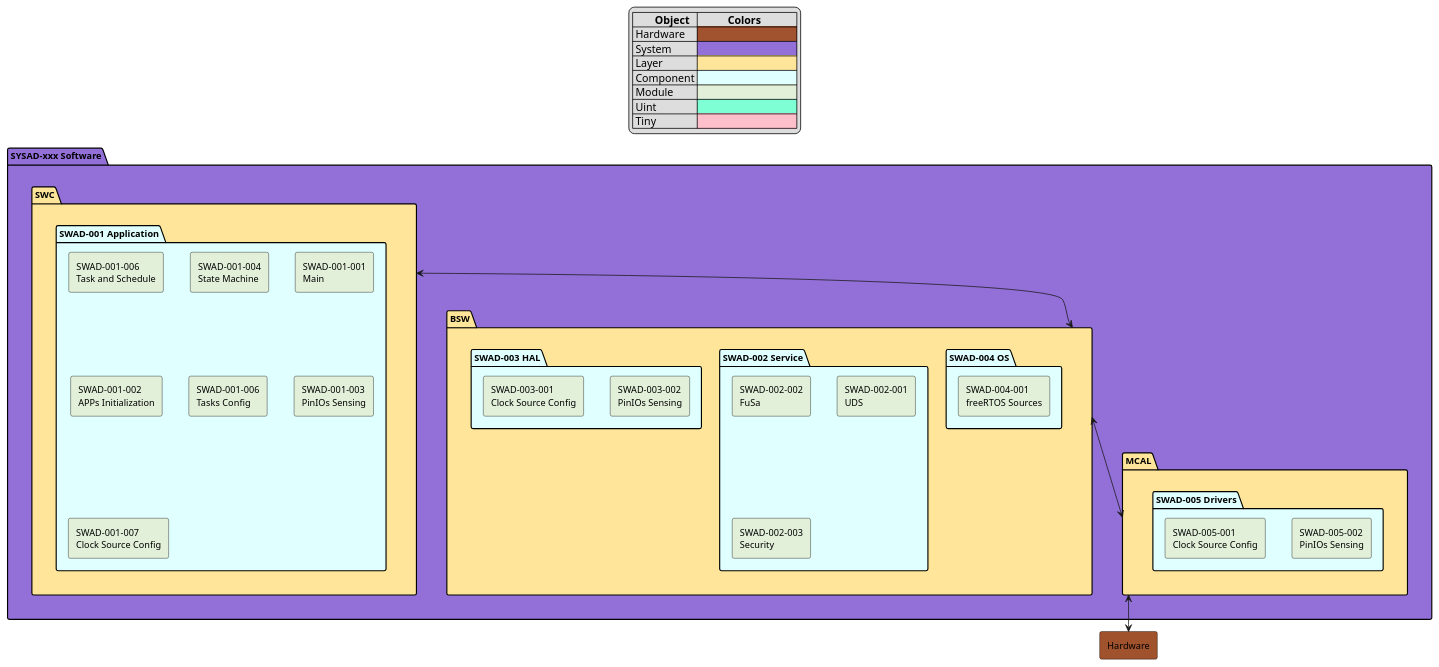
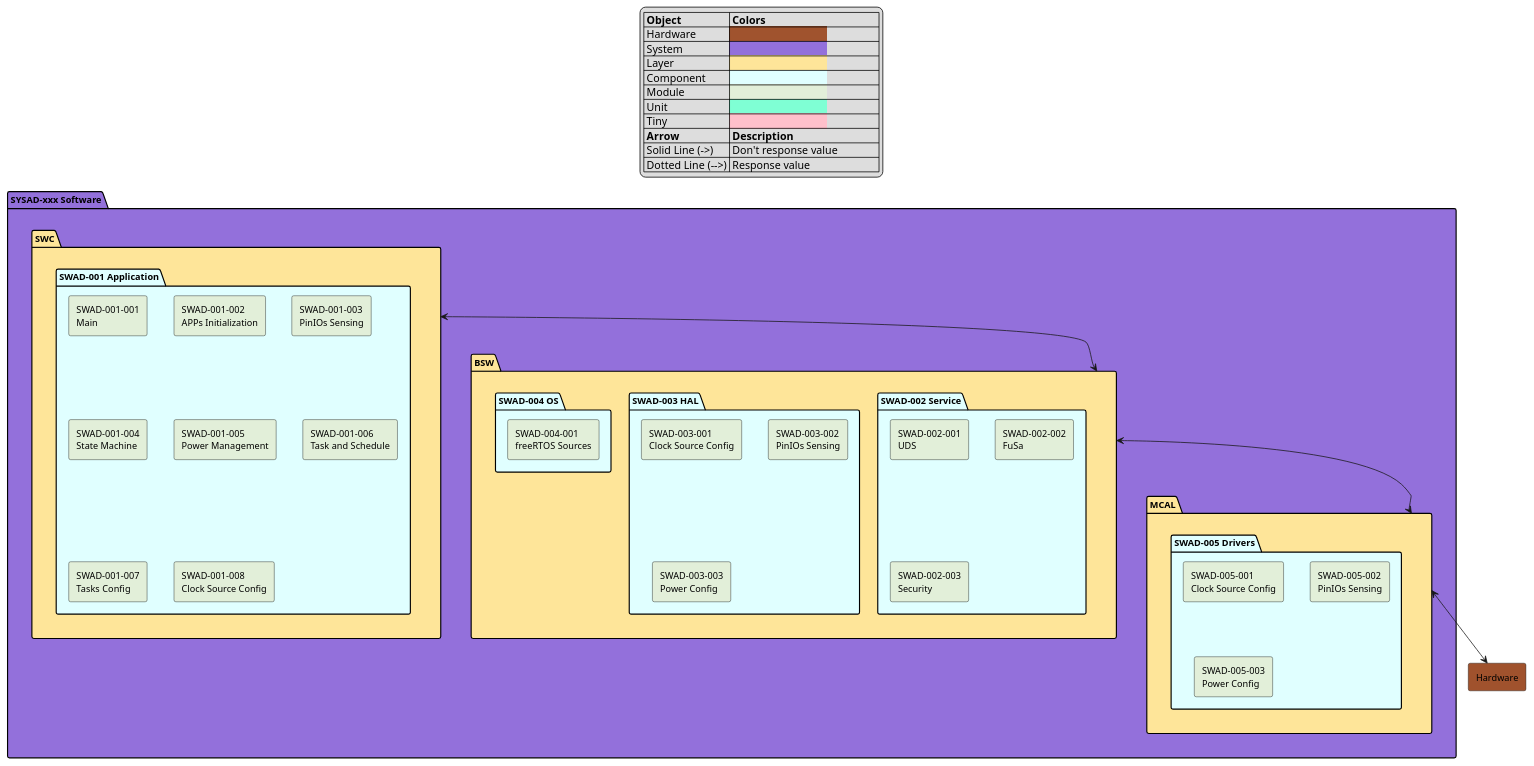
The diagram in Static_Sw_Arch.plantuml (FdsLu/StaticSwArch), drawn with PlantUML before and after one commit. The commit also changed 2 other files, not shown here.

Commit message:
[MODIFY]1. Modify the Static_Sw_Arch.plantuml, Change the color in legend top's color examples and settings from name to standard hexadecimal setting. [ADD] 1. Add power management function, in MCAL, HAL and application layer. 2. Add Static_Sw_Arch.svg, change from Static_Sw_Arch.png. [REMOVE] 1. remove Static_Sw_Arch.png

```diff
--- a/Static_Sw_Arch.plantuml
+++ b/Static_Sw_Arch.plantuml
@@ -1,64 +1,74 @@
 @startuml
 '----- Table Description ----
 'Object Colors Setting
 skinparam defaultFontName Arial
 skinparam defaultFontSize 12
+
+skinparam rectangle {
+    BackgroundColor #87CEFA
+    BorderColor #000000
+}
+
 legend top
-|=        Object  |=           Colors  |
-| Hardware  |<back:sienna>                                    |
-| System  |<back:mediumpurple>                                    |
-| Layer  |<back:#FEE599>                                    |
-| Component |<back:#lightcyan>                                    |
-| Module |<back:#E2EFD9>                                    |
-| Uint |<back:#aquamarine>                                    |
-| Tiny |<back:#pink>                                    |
+|= Object    |= Colors                                         |
+| Hardware   |<back:#A0522D>                                   |
+| System     |<back:#9370DB>                                   |
+| Layer      |<back:#FEE599>                                   |
+| Component  |<back:#E0FFFF>                                   |
+| Module     |<back:#E2EFD9>                                   |
+| Unit       |<back:#7FFFD4>                                   |
+| Tiny       |<back:#FFC0CB>                                   |
+'Arrow Function
+|= Arrow          |= Description        |
+| Solid Line (->)  | Don't response value |
+| Dotted Line (-->) | Response value      |
 endlegend
 
-skinparam rectangle {
-    BackgroundColor LightSkyBlue
-    BorderColor Black
-}
-
-package "SYSAD-xxx Software" #mediumpurple {
+package "SYSAD-xxx Software" #9370DB {
     package "SWC" #FEE599 {
-        package "SWAD-001 Application" #lightcyan{
-            rectangle "SWAD-001-006\nTask and Schedule" as TaskSchedule #E2EFD9
-            rectangle "SWAD-001-004\nState Machine" as StateMachine #E2EFD9
+        package "SWAD-001 Application" #E0FFFF {
             rectangle "SWAD-001-001\nMain" as Main #E2EFD9
             rectangle "SWAD-001-002\nAPPs Initialization" as AppsInit #E2EFD9
-            rectangle "SWAD-001-006\nTasks Config" as TasksConfig #E2EFD9
             rectangle "SWAD-001-003\nPinIOs Sensing" as PinIOSensing #E2EFD9
-            rectangle "SWAD-001-007\nClock Source Config" as ClockSourceConfig #E2EFD9
+            rectangle "SWAD-001-004\nState Machine" as StateMachine #E2EFD9
+            rectangle "SWAD-001-005\nPower Management" as PowerManagement #E2EFD9
+            rectangle "SWAD-001-006\nTask and Schedule" as TaskSchedule #E2EFD9
+            rectangle "SWAD-001-007\nTasks Config" as TasksConfig #E2EFD9
+            rectangle "SWAD-001-008\nClock Source Config" as ClockSourceConfig #E2EFD9
         }
     }
 
     package "BSW" #FEE599 {
-        package "SWAD-004 OS" as OS #lightcyan {
-            rectangle "SWAD-004-001\nfreeRTOS Sources" as freeRTOS #E2EFD9
-        }
-
-        package "SWAD-002 Service" as Service #lightcyan {
+        package "SWAD-002 Service" as Service #E0FFFF {
+            rectangle "SWAD-002-001\nUDS" as UDS #E2EFD9
             rectangle "SWAD-002-002\nFuSa" as FuSa #E2EFD9
-            rectangle "SWAD-002-001\nUDS" as UDS #E2EFD9
             rectangle "SWAD-002-003\nSecurity" as Security #E2EFD9
         }
 
-        package "SWAD-003 HAL" as HAL #lightcyan {
+        package "SWAD-003 HAL" as HAL #E0FFFF {
+            rectangle "SWAD-003-001\nClock Source Config" as HAL_ClockSourceConfig #E2EFD9
             rectangle "SWAD-003-002\nPinIOs Sensing" as HAL_PinIOSensing #E2EFD9
-            rectangle "SWAD-003-001\nClock Source Config" as HAL_ClockSourceConfig #E2EFD9
+            rectangle "SWAD-003-003\nPower Config" as HAL_PowerConfig #E2EFD9
+        }
+
+        package "SWAD-004 OS" as OS #E0FFFF {
+            rectangle "SWAD-004-001\nfreeRTOS Sources" as freeRTOS #E2EFD9
         }
     }
 
     package "MCAL" #FEE599 {
-        package "SWAD-005 Drivers" as Drivers #lightcyan{
+        package "SWAD-005 Drivers" as Drivers #E0FFFF {
+            rectangle "SWAD-005-001\nClock Source Config" as MCAL_ClockSourceConfig #E2EFD9
             rectangle "SWAD-005-002\nPinIOs Sensing" as MCAL_PinIOSensing #E2EFD9
-            rectangle "SWAD-005-001\nClock Source Config" as MCAL_ClockSourceConfig #E2EFD9
+            rectangle "SWAD-005-003\nPower Config" as MCAL_PowerConfig #E2EFD9
         }
     }
 }
 
-rectangle "Hardware" as Hardware #sienna
+rectangle "Hardware" as Hardware #A0522D
+
 SWC <--> BSW
 BSW <--> MCAL
 MCAL <--> Hardware
+
 @enduml
```
